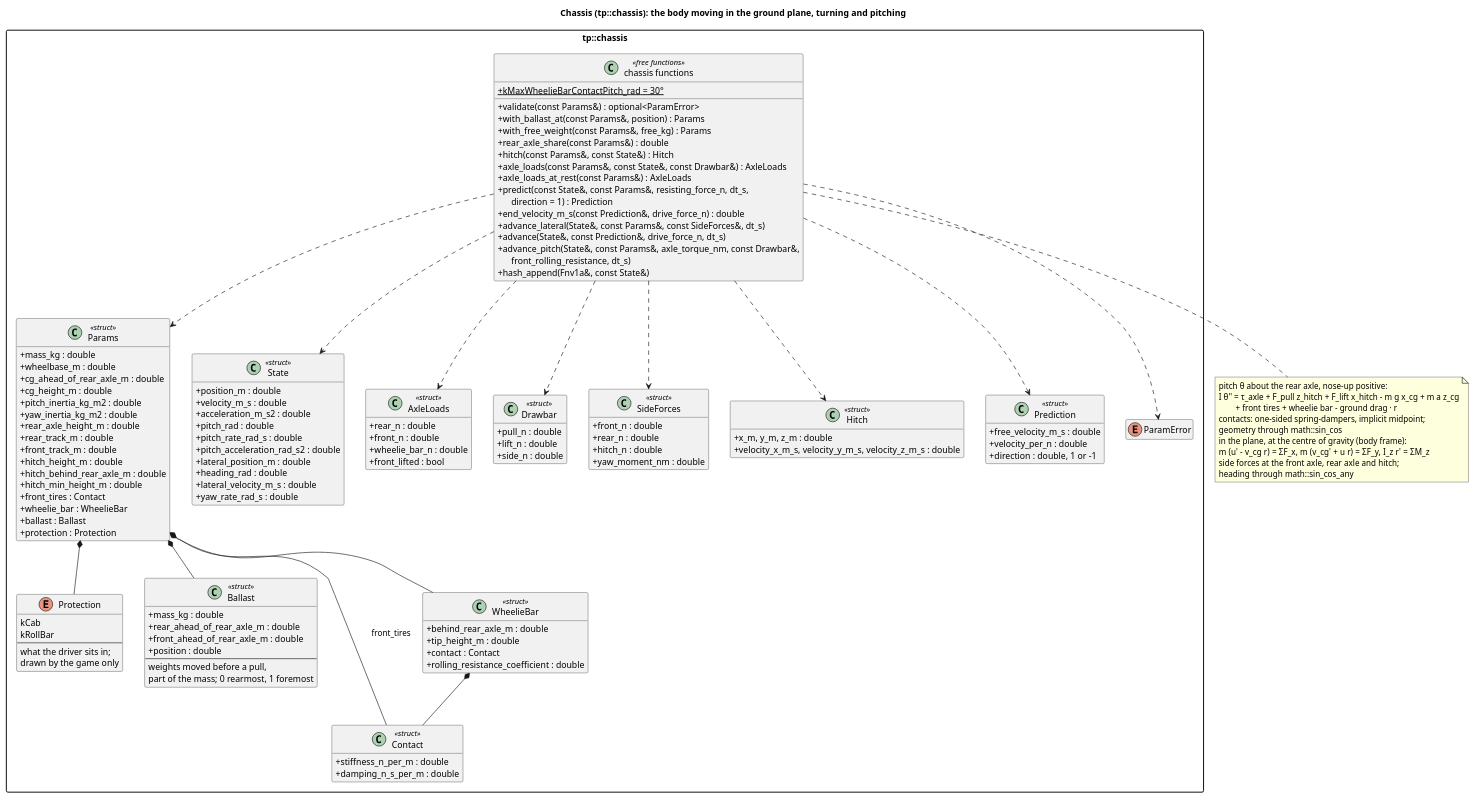
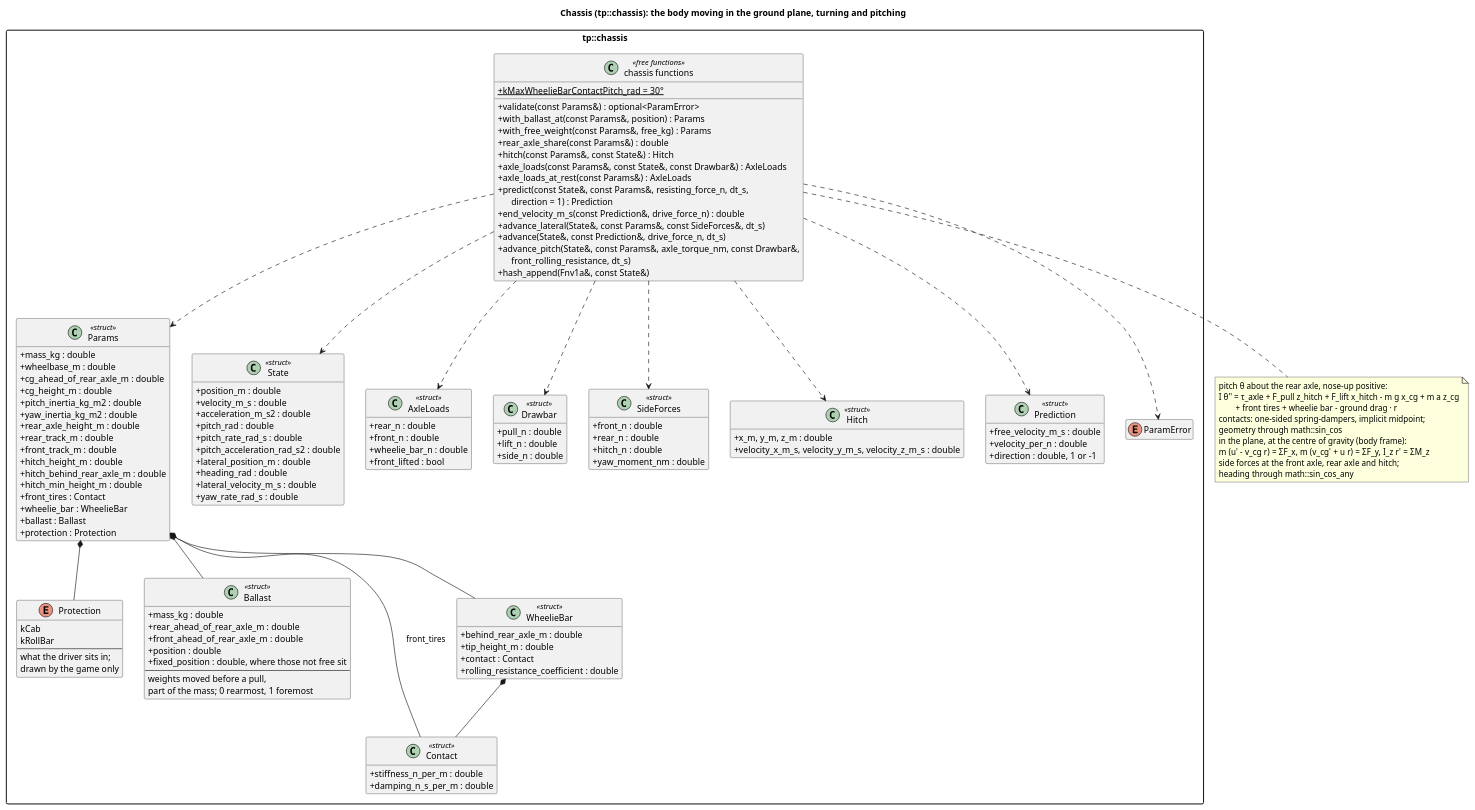
The diagram in docs/diagrams/chassis_classes.puml (wversteeg/TractorPulling), drawn with PlantUML before and after one commit. The commit also changed 10 other files, not shown here.

First line of the commit message:
Sport 2.5 t: the weights not yet free bolted to the front

```diff
--- a/docs/diagrams/chassis_classes.puml
+++ b/docs/diagrams/chassis_classes.puml
@@ -1,132 +1,133 @@
 @startuml chassis_classes
 title Chassis (tp::chassis): the body moving in the ground plane, turning and pitching
 hide empty members
 skinparam packageStyle rectangle
 skinparam classAttributeIconSize 0
 
 package "tp::chassis" {
   class Params <<struct>> {
     +mass_kg : double
     +wheelbase_m : double
     +cg_ahead_of_rear_axle_m : double
     +cg_height_m : double
     +pitch_inertia_kg_m2 : double
     +yaw_inertia_kg_m2 : double
     +rear_axle_height_m : double
     +rear_track_m : double
     +front_track_m : double
     +hitch_height_m : double
     +hitch_behind_rear_axle_m : double
     +hitch_min_height_m : double
     +front_tires : Contact
     +wheelie_bar : WheelieBar
     +ballast : Ballast
     +protection : Protection
   }
   enum Protection {
     kCab
     kRollBar
     --
     what the driver sits in;
     drawn by the game only
   }
   class Ballast <<struct>> {
     +mass_kg : double
     +rear_ahead_of_rear_axle_m : double
     +front_ahead_of_rear_axle_m : double
     +position : double
+    +fixed_position : double, where those not free sit
     --
     weights moved before a pull,
     part of the mass; 0 rearmost, 1 foremost
   }
   class Contact <<struct>> {
     +stiffness_n_per_m : double
     +damping_n_s_per_m : double
   }
   class WheelieBar <<struct>> {
     +behind_rear_axle_m : double
     +tip_height_m : double
     +contact : Contact
     +rolling_resistance_coefficient : double
   }
   class State <<struct>> {
     +position_m : double
     +velocity_m_s : double
     +acceleration_m_s2 : double
     +pitch_rad : double
     +pitch_rate_rad_s : double
     +pitch_acceleration_rad_s2 : double
     +lateral_position_m : double
     +heading_rad : double
     +lateral_velocity_m_s : double
     +yaw_rate_rad_s : double
   }
   class AxleLoads <<struct>> {
     +rear_n : double
     +front_n : double
     +wheelie_bar_n : double
     +front_lifted : bool
   }
   class Drawbar <<struct>> {
     +pull_n : double
     +lift_n : double
     +side_n : double
   }
   class SideForces <<struct>> {
     +front_n : double
     +rear_n : double
     +hitch_n : double
     +yaw_moment_nm : double
   }
   class Hitch <<struct>> {
     +x_m, y_m, z_m : double
     +velocity_x_m_s, velocity_y_m_s, velocity_z_m_s : double
   }
   class Prediction <<struct>> {
     +free_velocity_m_s : double
     +velocity_per_n : double
     +direction : double, 1 or -1
   }
   enum ParamError
   class "chassis functions" as ChassisFns <<free functions>> {
     +{static} kMaxWheelieBarContactPitch_rad = 30°
     +validate(const Params&) : optional<ParamError>
     +with_ballast_at(const Params&, position) : Params
     +with_free_weight(const Params&, free_kg) : Params
     +rear_axle_share(const Params&) : double
     +hitch(const Params&, const State&) : Hitch
     +axle_loads(const Params&, const State&, const Drawbar&) : AxleLoads
     +axle_loads_at_rest(const Params&) : AxleLoads
     +predict(const State&, const Params&, resisting_force_n, dt_s,\n      direction = 1) : Prediction
     +end_velocity_m_s(const Prediction&, drive_force_n) : double
     +advance_lateral(State&, const Params&, const SideForces&, dt_s)
     +advance(State&, const Prediction&, drive_force_n, dt_s)
     +advance_pitch(State&, const Params&, axle_torque_nm, const Drawbar&,\n      front_rolling_resistance, dt_s)
     +hash_append(Fnv1a&, const State&)
   }
   Params *-- Contact : front_tires
   Params *-- WheelieBar
   Params *-- Ballast
   Params *-- Protection
   WheelieBar *-- Contact
   ChassisFns ..> Params
   ChassisFns ..> State
   ChassisFns ..> AxleLoads
   ChassisFns ..> Prediction
   ChassisFns ..> Drawbar
   ChassisFns ..> Hitch
   ChassisFns ..> SideForces
   ChassisFns ..> ParamError
 }
 note bottom of ChassisFns
   pitch θ about the rear axle, nose-up positive:
   I θ'' = τ_axle + F_pull z_hitch + F_lift x_hitch - m g x_cg + m a z_cg
           + front tires + wheelie bar - ground drag · r
   contacts: one-sided spring-dampers, implicit midpoint;
   geometry through math::sin_cos
   in the plane, at the centre of gravity (body frame):
   m (u' - v_cg r) = ΣF_x,  m (v_cg' + u r) = ΣF_y,  I_z r' = ΣM_z
   side forces at the front axle, rear axle and hitch;
   heading through math::sin_cos_any
 end note
 @enduml
```
